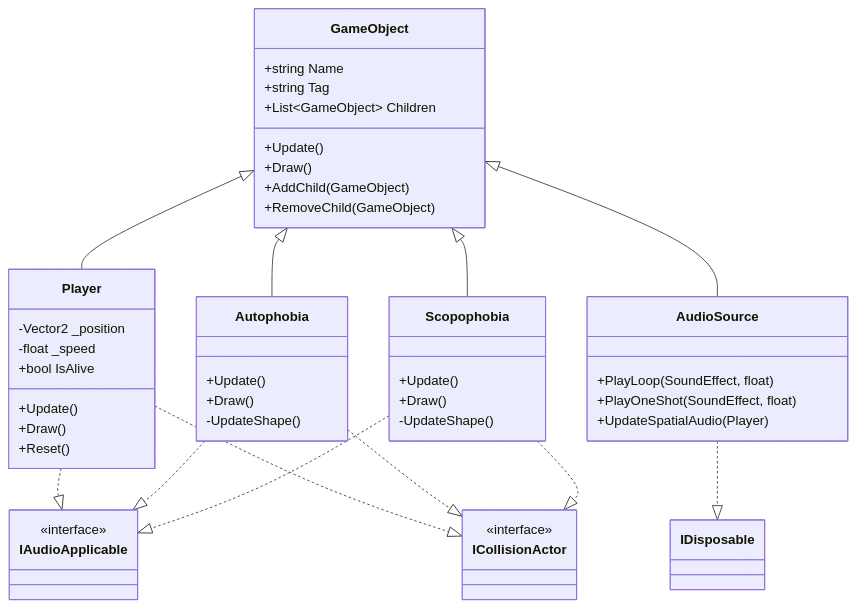
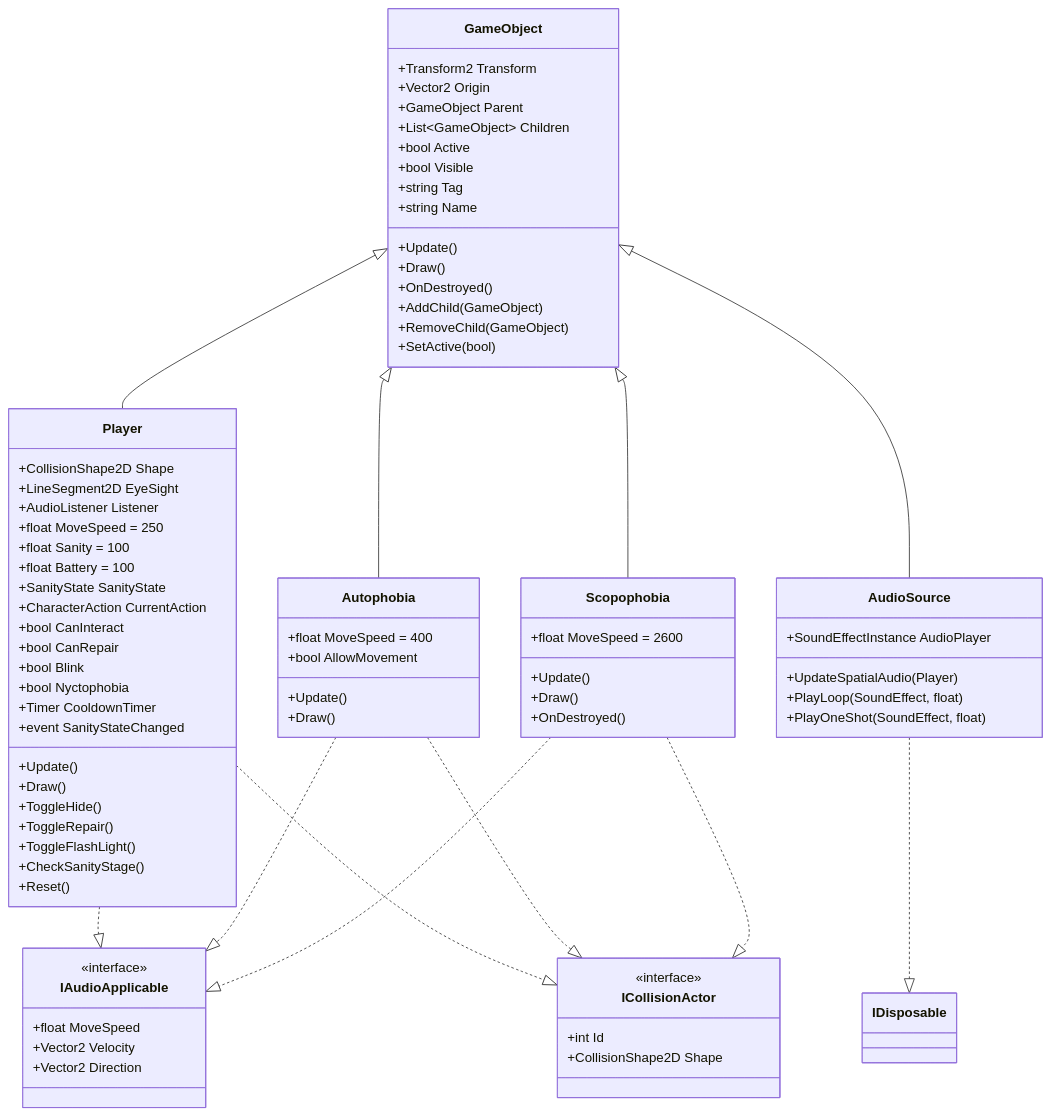
The first of 6 diagrams in docs/03_Software/02-class-diagram.md (Sambopukkazz/DG225_CoreX), drawn with Mermaid before and after one commit. The commit also changed other lines of this file and 26 other files, not shown here.

````diff
--- a/docs/03_Software/02-class-diagram.md
+++ b/docs/03_Software/02-class-diagram.md
@@ -16,47 +17,77 @@
 ```mermaid
 classDiagram
     class GameObject {
+        +Transform2 Transform
+        +Vector2 Origin
+        +GameObject Parent
+        +List~GameObject~ Children
+        +bool Active
+        +bool Visible
+        +string Tag
         +string Name
-        +string Tag
-        +List~GameObject~ Children
         +Update()
         +Draw()
+        +OnDestroyed()
         +AddChild(GameObject)
         +RemoveChild(GameObject)
+        +SetActive(bool)
     }
 
     class Player {
-        -Vector2 _position
-        -float _speed
-        +bool IsAlive
+        +CollisionShape2D Shape
+        +LineSegment2D EyeSight
+        +AudioListener Listener
+        +float MoveSpeed = 250
+        +float Sanity = 100
+        +float Battery = 100
+        +SanityState SanityState
+        +CharacterAction CurrentAction
+        +bool CanInteract
+        +bool CanRepair
+        +bool Blink
+        +bool Nyctophobia
+        +Timer CooldownTimer
+        +event SanityStateChanged
         +Update()
         +Draw()
+        +ToggleHide()
+        +ToggleRepair()
+        +ToggleFlashLight()
+        +CheckSanityStage()
         +Reset()
     }
 
     class AudioSource {
+        +SoundEffectInstance AudioPlayer
+        +UpdateSpatialAudio(Player)
         +PlayLoop(SoundEffect, float)
         +PlayOneShot(SoundEffect, float)
-        +UpdateSpatialAudio(Player)
     }
 
     class Autophobia {
+        +float MoveSpeed = 400
+        +bool AllowMovement
         +Update()
         +Draw()
-        -UpdateShape()
     }
 
     class Scopophobia {
+        +float MoveSpeed = 2600
         +Update()
         +Draw()
-        -UpdateShape()
+        +OnDestroyed()
     }
 
     class IAudioApplicable {
         <<interface>>
+        +float MoveSpeed
+        +Vector2 Velocity
+        +Vector2 Direction
     }
     class ICollisionActor {
         <<interface>>
+        +int Id
+        +CollisionShape2D Shape
     }
 
     GameObject <|-- Player
````
